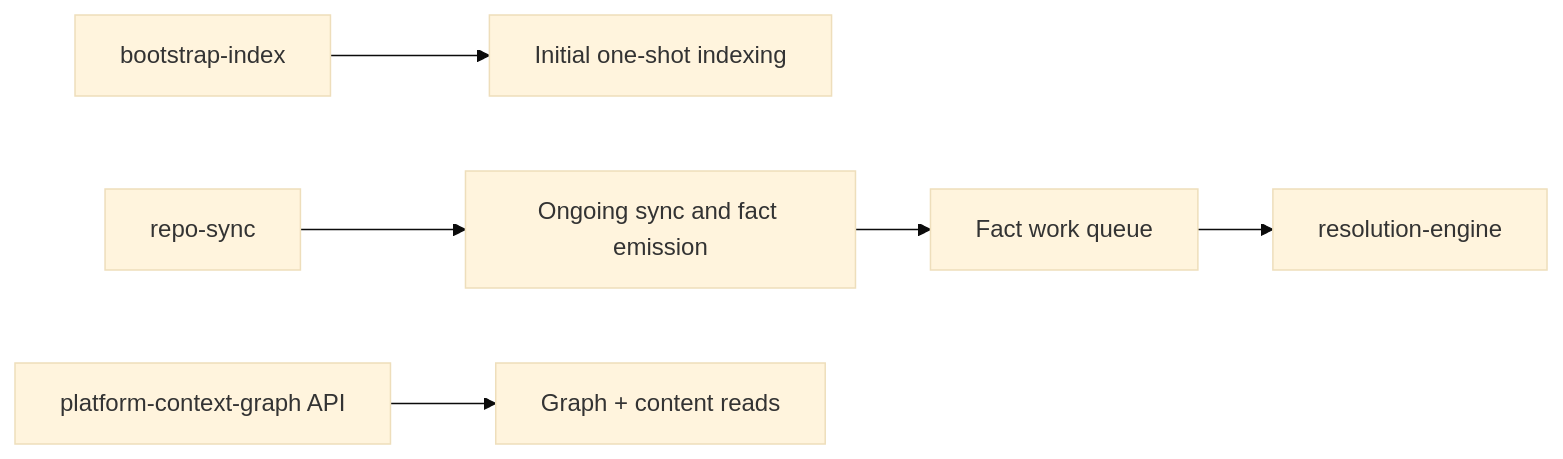
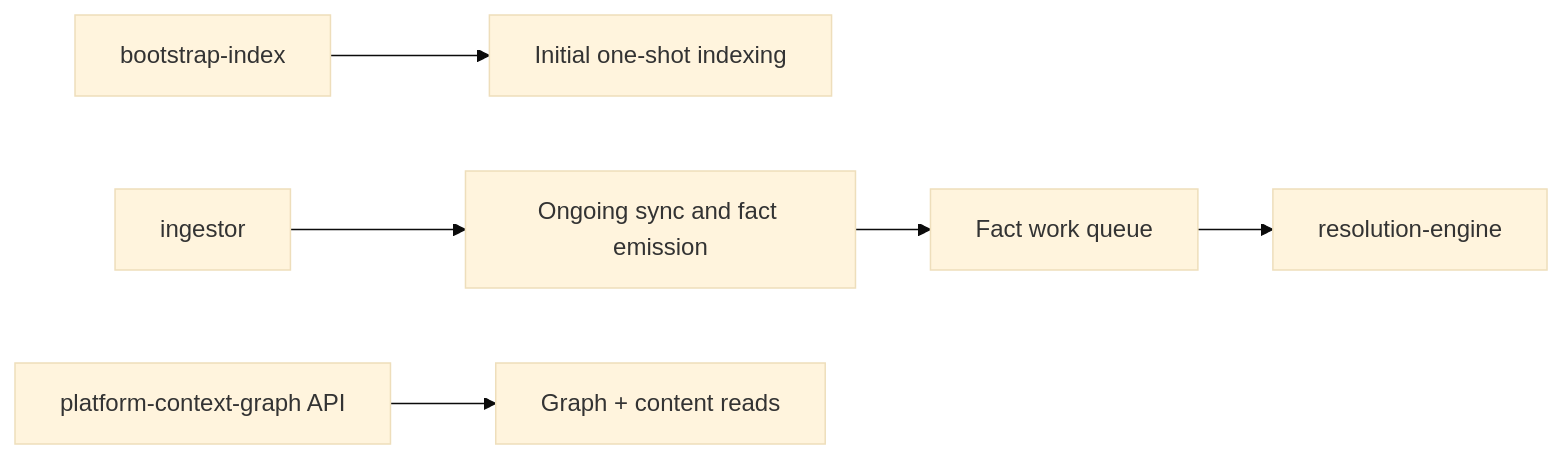
One commit to platformcontext/platform-context-graph changed the second of 2 diagrams in docs/docs/deployment/service-runtimes.md. Above: the diagram before and after it, drawn with Mermaid (base theme). The commit also changed other lines of this file and 36 other files, not shown here.

````diff
--- a/docs/docs/deployment/service-runtimes.md
+++ b/docs/docs/deployment/service-runtimes.md
@@ -37,8 +37,8 @@
 ```mermaid
 flowchart LR
   A["bootstrap-index"] --> B["Initial one-shot indexing"]
-  C["repo-sync"] --> D["Ongoing sync and fact emission"]
+  C["ingestor"] --> D["Ongoing sync and fact emission"]
   D --> E["Fact work queue"]
   E --> F["resolution-engine"]
   G["platform-context-graph API"] --> H["Graph + content reads"]
 ```
````
